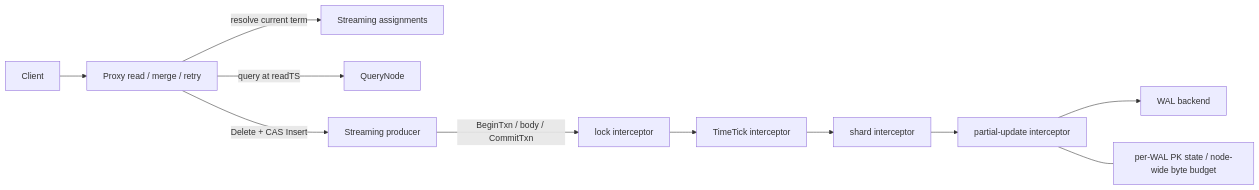
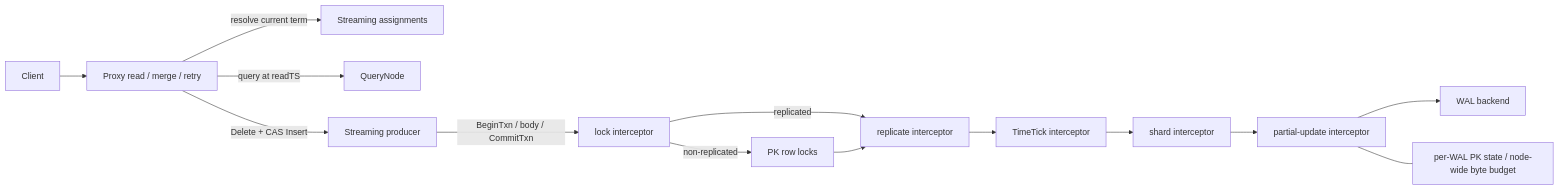
One commit to milvus-io/milvus changed the first of 2 diagrams in docs/design-docs/design_docs/20260601-partial-update-optimistic-lock-design.md. Above: the diagram before and after it, drawn with Mermaid. The commit also changed other lines of this file and 25 other files, not shown here.

First line of the commit message:
fix: [3.0] use PK row locks for partial-update CAS

````diff
--- a/docs/design-docs/design_docs/20260601-partial-update-optimistic-lock-design.md
+++ b/docs/design-docs/design_docs/20260601-partial-update-optimistic-lock-design.md
@@ -194,13 +221,16 @@
 ```mermaid
 flowchart LR
     Client[Client] --> Proxy[Proxy read / merge / retry]
     Proxy -->|resolve current term| Assignment[Streaming assignments]
     Proxy -->|query at readTS| QueryNode[QueryNode]
     Proxy -->|Delete + CAS Insert| Producer[Streaming producer]
     Producer -->|BeginTxn / body / CommitTxn| Lock[lock interceptor]
-    Lock --> TimeTick[TimeTick interceptor]
+    Lock -->|non-replicated| Guard[PK row locks]
+    Lock -->|replicated| Replicate[replicate interceptor]
+    Guard --> Replicate
+    Replicate --> TimeTick[TimeTick interceptor]
     TimeTick --> Shard[shard interceptor]
     Shard --> CAS[partial-update interceptor]
     CAS --> WAL[WAL backend]
     CAS --- Index[per-WAL PK state / node-wide byte budget]
 ```
````
